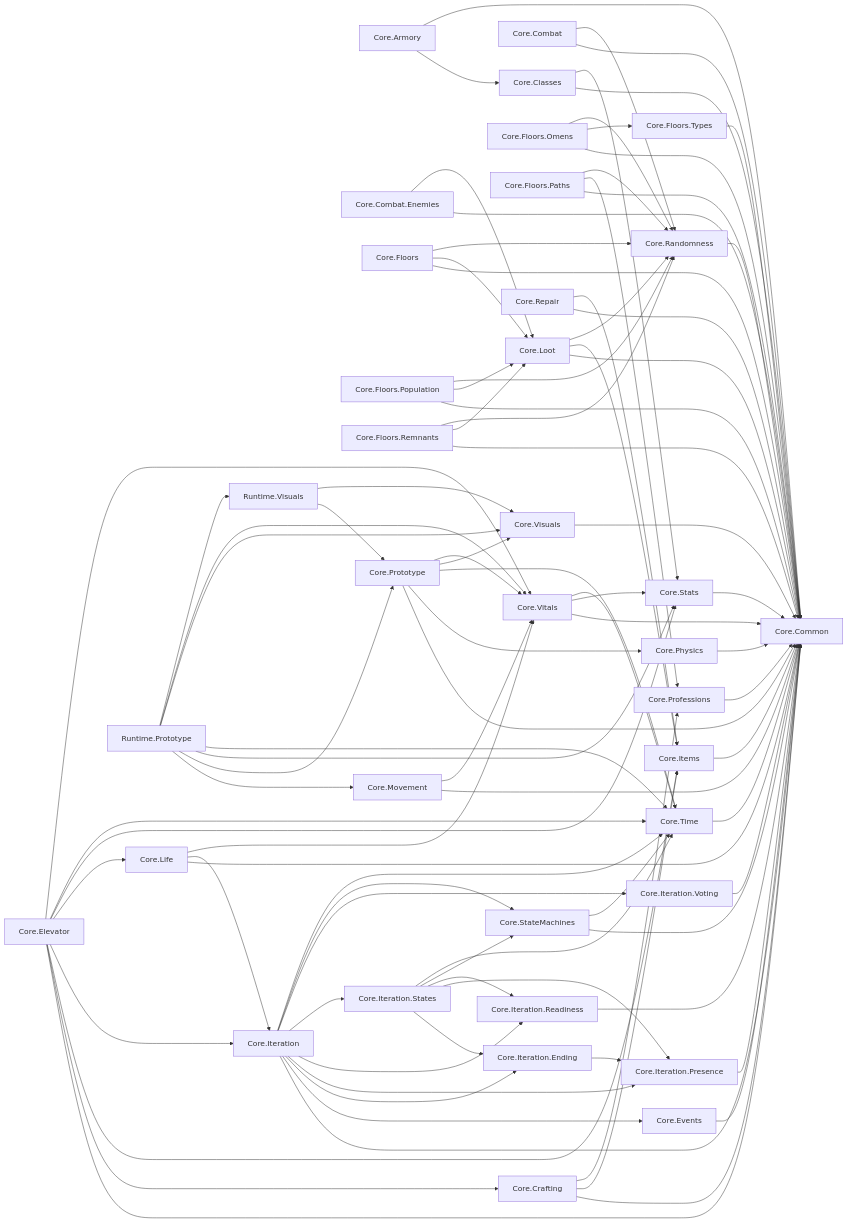
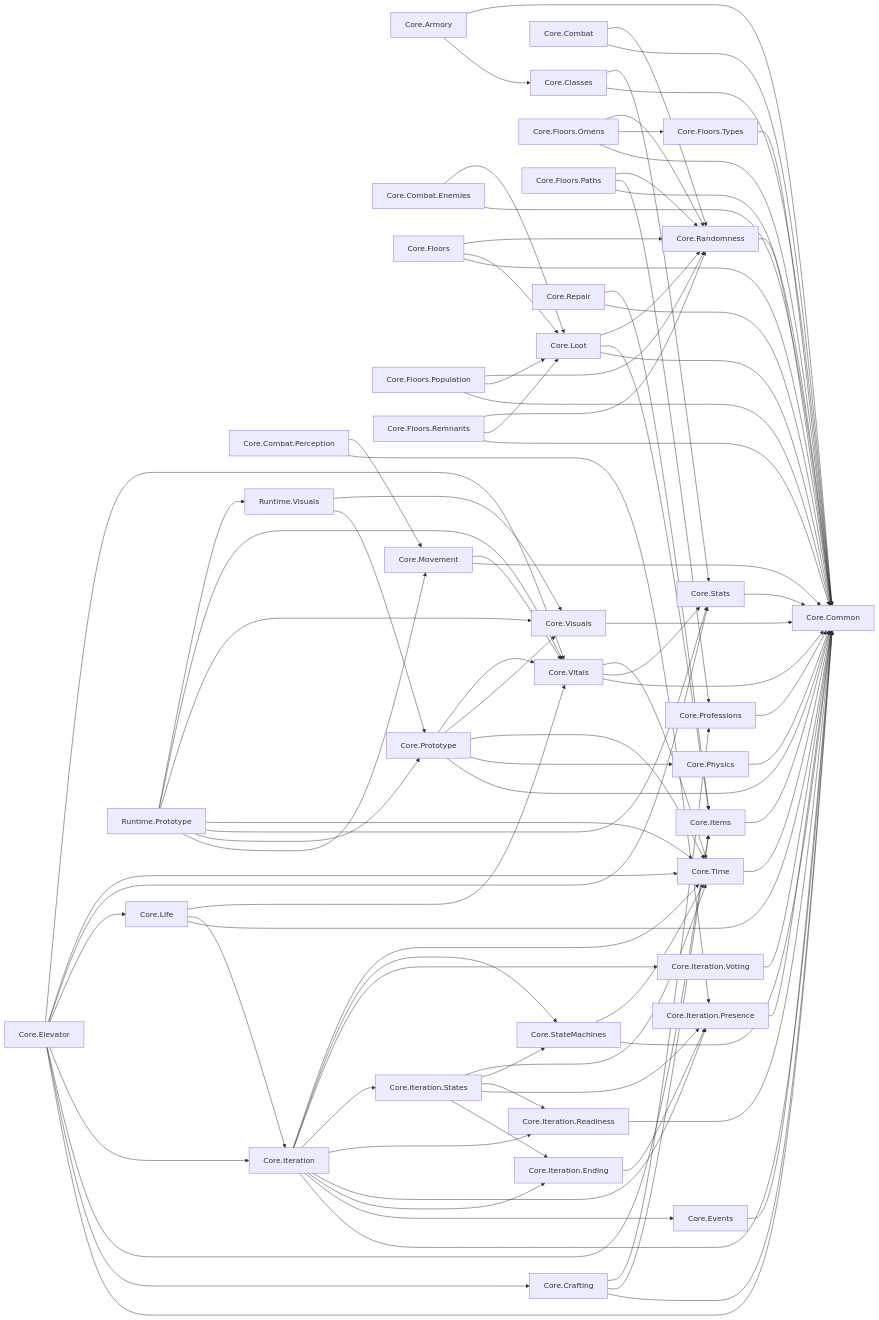
The diagram in docs/arquitectura/GRAFO.md (LazaroPol/Acensor), drawn with Mermaid before and after one commit. The commit also changed 15 other files, not shown here.

````diff
--- a/docs/arquitectura/GRAFO.md
+++ b/docs/arquitectura/GRAFO.md
@@ -5,74 +5,76 @@
 ```mermaid
 flowchart LR
   n0["Core.Armory"]
   n1["Core.Classes"]
   n2["Core.Combat"]
   n3["Core.Combat.Enemies"]
-  n4["Core.Common"]
-  n5["Core.Crafting"]
-  n6["Core.Elevator"]
-  n7["Core.Events"]
-  n8["Core.Floors"]
-  n9["Core.Floors.Omens"]
-  n10["Core.Floors.Paths"]
-  n11["Core.Floors.Population"]
-  n12["Core.Floors.Remnants"]
-  n13["Core.Floors.Types"]
-  n14["Core.Items"]
-  n15["Core.Iteration"]
-  n16["Core.Iteration.Ending"]
-  n17["Core.Iteration.Presence"]
-  n18["Core.Iteration.Readiness"]
-  n19["Core.Iteration.States"]
-  n20["Core.Iteration.Voting"]
-  n21["Core.Life"]
-  n22["Core.Loot"]
-  n23["Core.Movement"]
-  n24["Core.Physics"]
-  n25["Core.Professions"]
-  n26["Core.Prototype"]
-  n27["Core.Randomness"]
-  n28["Core.Repair"]
-  n29["Core.StateMachines"]
-  n30["Core.Stats"]
-  n31["Core.Time"]
-  n32["Core.Visuals"]
-  n33["Core.Vitals"]
-  n34["Runtime.Prototype"]
-  n35["Runtime.Visuals"]
-  n0 --> n1 & n4
-  n1 --> n4 & n30
-  n2 --> n4 & n27
-  n3 --> n4 & n22
-  n5 --> n4 & n14 & n25
-  n6 --> n4 & n5 & n14 & n15 & n21 & n30 & n31 & n33
-  n7 --> n4
-  n8 --> n4 & n22 & n27
-  n9 --> n4 & n13 & n27
-  n10 --> n4 & n25 & n27
-  n11 --> n4 & n22 & n27
-  n12 --> n4 & n22 & n27
-  n13 --> n4
-  n14 --> n4
-  n15 --> n4 & n7 & n16 & n17 & n18 & n19 & n20 & n29 & n31
-  n16 --> n17
-  n17 --> n4
-  n18 --> n4
-  n19 --> n16 & n17 & n18 & n29 & n31
-  n20 --> n4
-  n21 --> n4 & n15 & n33
-  n22 --> n4 & n14 & n27
-  n23 --> n4 & n33
-  n24 --> n4
-  n25 --> n4
-  n26 --> n4 & n24 & n31 & n32 & n33
-  n27 --> n4
-  n28 --> n4 & n14
-  n29 --> n4 & n31
-  n30 --> n4
-  n31 --> n4
-  n32 --> n4
-  n33 --> n4 & n30 & n31
-  n34 --> n23 & n26 & n30 & n31 & n32 & n33 & n35
-  n35 --> n26 & n32
+  n4["Core.Combat.Perception"]
+  n5["Core.Common"]
+  n6["Core.Crafting"]
+  n7["Core.Elevator"]
+  n8["Core.Events"]
+  n9["Core.Floors"]
+  n10["Core.Floors.Omens"]
+  n11["Core.Floors.Paths"]
+  n12["Core.Floors.Population"]
+  n13["Core.Floors.Remnants"]
+  n14["Core.Floors.Types"]
+  n15["Core.Items"]
+  n16["Core.Iteration"]
+  n17["Core.Iteration.Ending"]
+  n18["Core.Iteration.Presence"]
+  n19["Core.Iteration.Readiness"]
+  n20["Core.Iteration.States"]
+  n21["Core.Iteration.Voting"]
+  n22["Core.Life"]
+  n23["Core.Loot"]
+  n24["Core.Movement"]
+  n25["Core.Physics"]
+  n26["Core.Professions"]
+  n27["Core.Prototype"]
+  n28["Core.Randomness"]
+  n29["Core.Repair"]
+  n30["Core.StateMachines"]
+  n31["Core.Stats"]
+  n32["Core.Time"]
+  n33["Core.Visuals"]
+  n34["Core.Vitals"]
+  n35["Runtime.Prototype"]
+  n36["Runtime.Visuals"]
+  n0 --> n1 & n5
+  n1 --> n5 & n31
+  n2 --> n5 & n28
+  n3 --> n5 & n23
+  n4 --> n18 & n24
+  n6 --> n5 & n15 & n26
+  n7 --> n5 & n6 & n15 & n16 & n22 & n31 & n32 & n34
+  n8 --> n5
+  n9 --> n5 & n23 & n28
+  n10 --> n5 & n14 & n28
+  n11 --> n5 & n26 & n28
+  n12 --> n5 & n23 & n28
+  n13 --> n5 & n23 & n28
+  n14 --> n5
+  n15 --> n5
+  n16 --> n5 & n8 & n17 & n18 & n19 & n20 & n21 & n30 & n32
+  n17 --> n18
+  n18 --> n5
+  n19 --> n5
+  n20 --> n17 & n18 & n19 & n30 & n32
+  n21 --> n5
+  n22 --> n5 & n16 & n34
+  n23 --> n5 & n15 & n28
+  n24 --> n5 & n34
+  n25 --> n5
+  n26 --> n5
+  n27 --> n5 & n25 & n32 & n33 & n34
+  n28 --> n5
+  n29 --> n5 & n15
+  n30 --> n5 & n32
+  n31 --> n5
+  n32 --> n5
+  n33 --> n5
+  n34 --> n5 & n31 & n32
+  n35 --> n24 & n27 & n31 & n32 & n33 & n34 & n36
+  n36 --> n27 & n33
 ```
````
